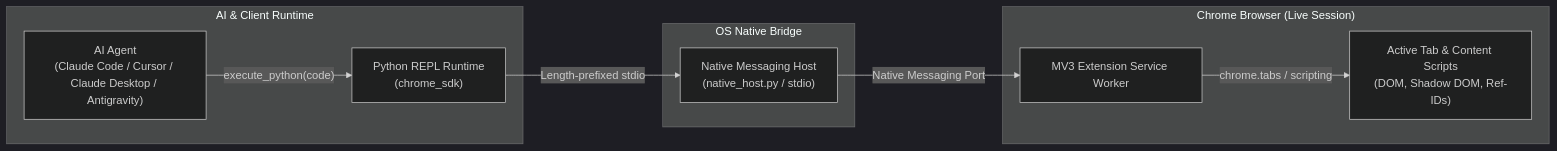
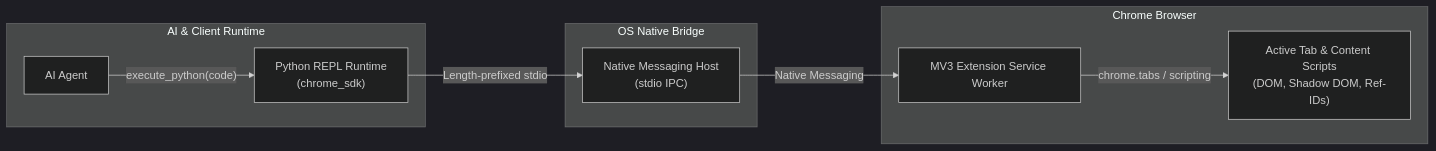
Before and after one commit to sh7vansh/chrome-bridge: the second of 2 diagrams in README.md, drawn with Mermaid (dark theme). The commit also changed other lines of this file, not shown here.

````diff
--- a/README.md
+++ b/README.md
@@ -40,20 +69,20 @@
 ```mermaid
 flowchart LR
     subgraph ClientLayer ["AI & Client Runtime"]
-        A["AI Agent<br/>(Claude Code / Cursor / Claude Desktop / Antigravity)"]
+        A["AI Agent"]
         B["Python REPL Runtime<br/>(chrome_sdk)"]
         A -->|"execute_python(code)"| B
     end
 
     subgraph NativeBridge ["OS Native Bridge"]
-        C["Native Messaging Host<br/>(native_host.py / stdio)"]
+        C["Native Messaging Host<br/>(stdio IPC)"]
         B -->|"Length-prefixed stdio"| C
     end
 
-    subgraph BrowserEngine ["Chrome Browser (Live Session)"]
+    subgraph BrowserEngine ["Chrome Browser"]
         D["MV3 Extension Service Worker"]
         E["Active Tab & Content Scripts<br/>(DOM, Shadow DOM, Ref-IDs)"]
-        C -->|"Native Messaging Port"| D
+        C -->|"Native Messaging"| D
         D -->|"chrome.tabs / scripting"| E
     end
 ```
````
